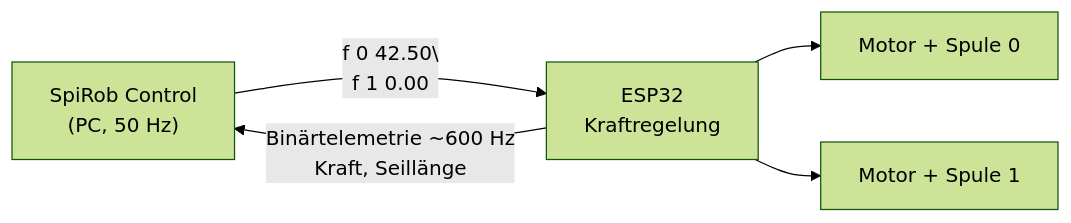
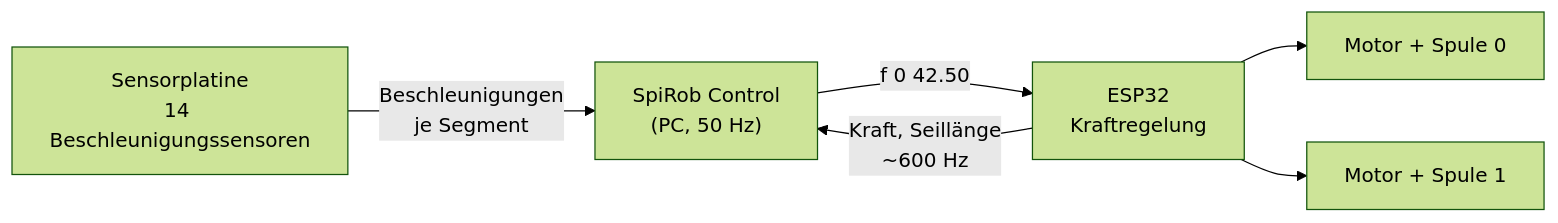
One commit to arben24/spirob_control changed the diagram in docs/hardware.md. Above: the diagram before and after it, drawn with Mermaid (forest theme). The commit also changed other lines of this file and 33 other files, not shown here.

````diff
--- a/docs/hardware.md
+++ b/docs/hardware.md
@@ -9,7 +14,8 @@
 ```mermaid
 flowchart LR
-    G["SpiRob Control<br/>(PC, 50 Hz)"] -- "f 0 42.50\\nf 1 0.00" --> M["ESP32<br/>Kraftregelung"]
-    M -- "Binärtelemetrie ~600 Hz<br/>Kraft, Seillänge" --> G
+    G["SpiRob Control<br/>(PC, 50 Hz)"] -- "f 0 42.50" --> M["ESP32<br/>Kraftregelung"]
+    M -- "Kraft, Seillänge<br/>~600 Hz" --> G
     M --> S0["Motor + Spule 0"]
     M --> S1["Motor + Spule 1"]
+    A["Sensorplatine<br/>14 Beschleunigungssensoren"] -- "Beschleunigungen<br/>je Segment" --> G
 ```
````
